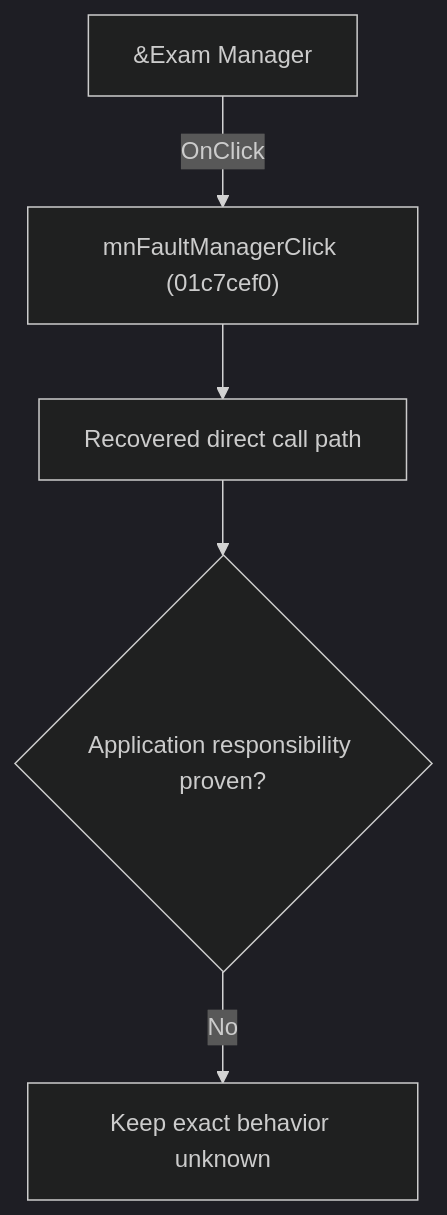
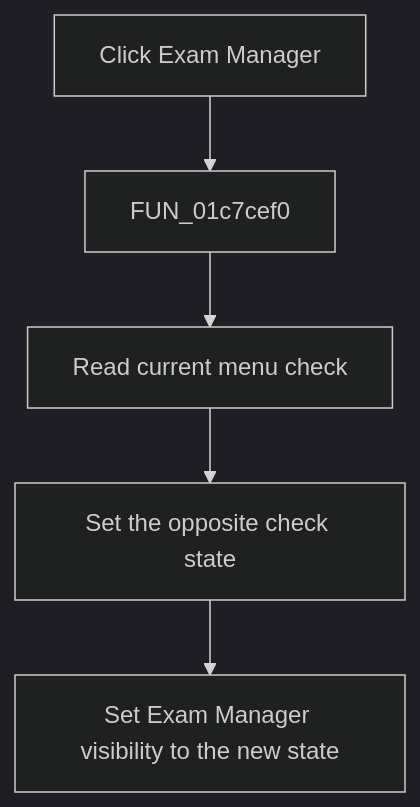
Before and after one commit to MovGP0/TIARA: the diagram in docs/ui-controls/schematiceditor/mnfaultmanager-464a2f5993.md, drawn with Mermaid (dark theme). The commit also changed other lines of this file and 241 other files, not shown here.

````diff
--- a/docs/ui-controls/schematiceditor/mnfaultmanager-464a2f5993.md
+++ b/docs/ui-controls/schematiceditor/mnfaultmanager-464a2f5993.md
@@ -27,7 +27,7 @@
 ```mermaid
 flowchart TD
-    control["&Exam Manager"] -->|"OnClick"| handler["mnFaultManagerClick (01c7cef0)"]
-    handler --> recovered["Recovered direct call path"]
-    recovered --> gap{"Application responsibility proven?"}
-    gap -->|"No"| blocked["Keep exact behavior unknown"]
+    control["Click Exam Manager"] --> handler["FUN_01c7cef0"]
+    handler --> read["Read current menu check"]
+    read --> invert["Set the opposite check state"]
+    invert --> visible["Set Exam Manager visibility to the new state"]
 ```
````
